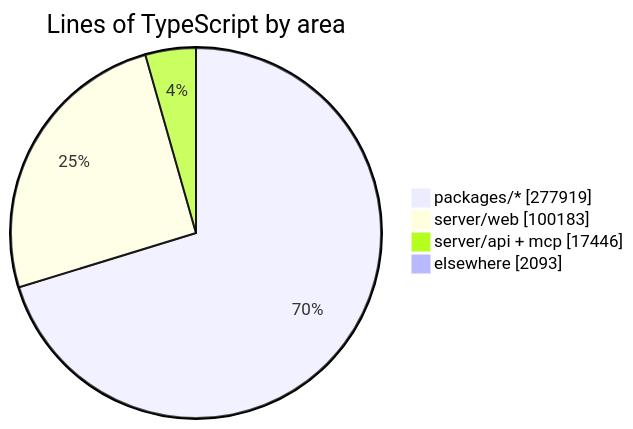
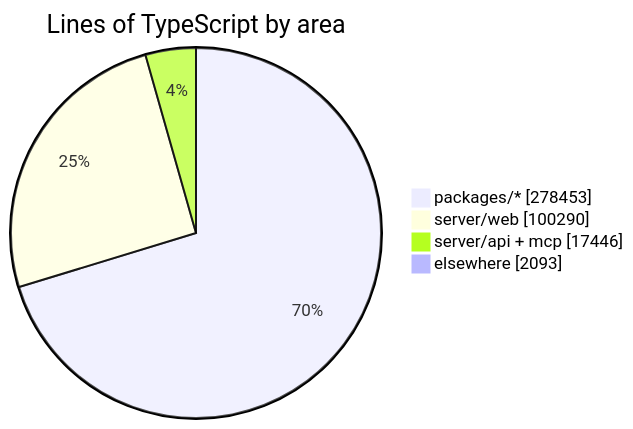
Before and after one commit to crossworks-engineering/mantle: the diagram in README.md, drawn with Mermaid. The commit also changed other lines of this file and 2 other files, not shown here.

````diff
--- a/README.md
+++ b/README.md
@@ -294,7 +294,7 @@
 ```mermaid
 pie showData title Lines of TypeScript by area
-    "packages/*" : 277919
-    "server/web" : 100183
+    "packages/*" : 278453
+    "server/web" : 100290
     "server/api + mcp" : 17446
     "elsewhere" : 2093
 ```
````
